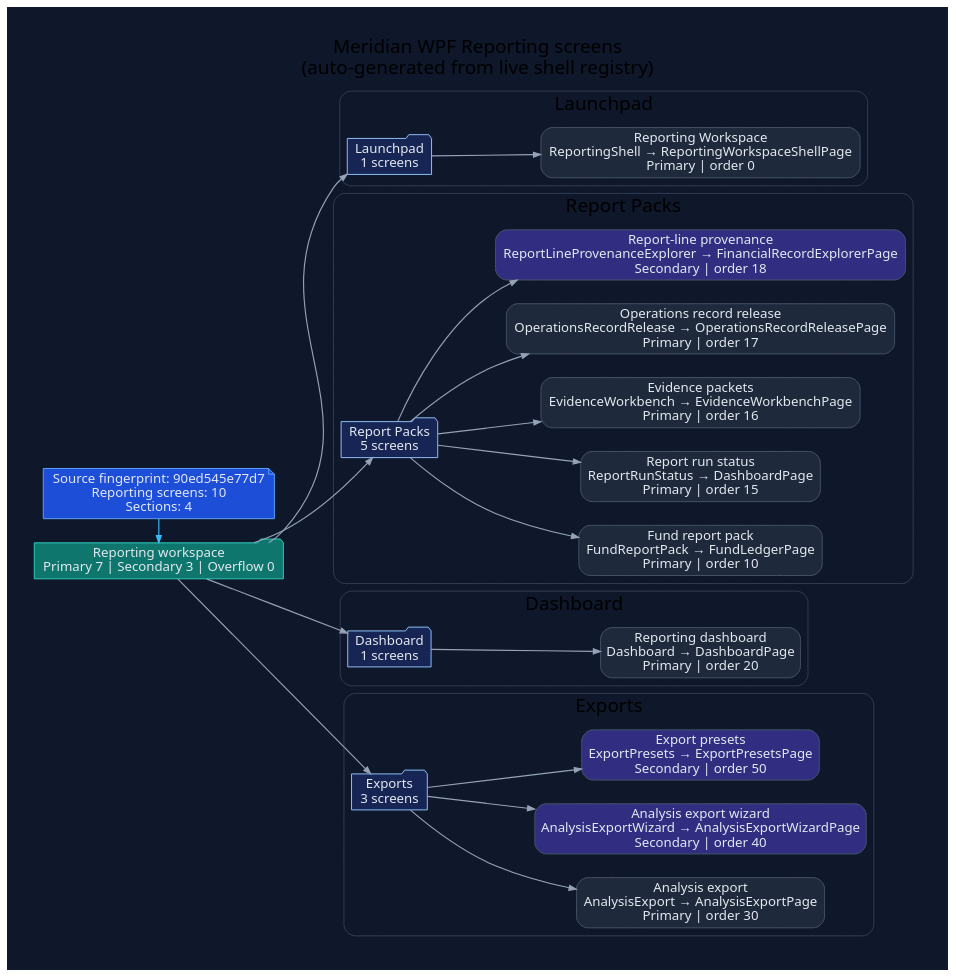
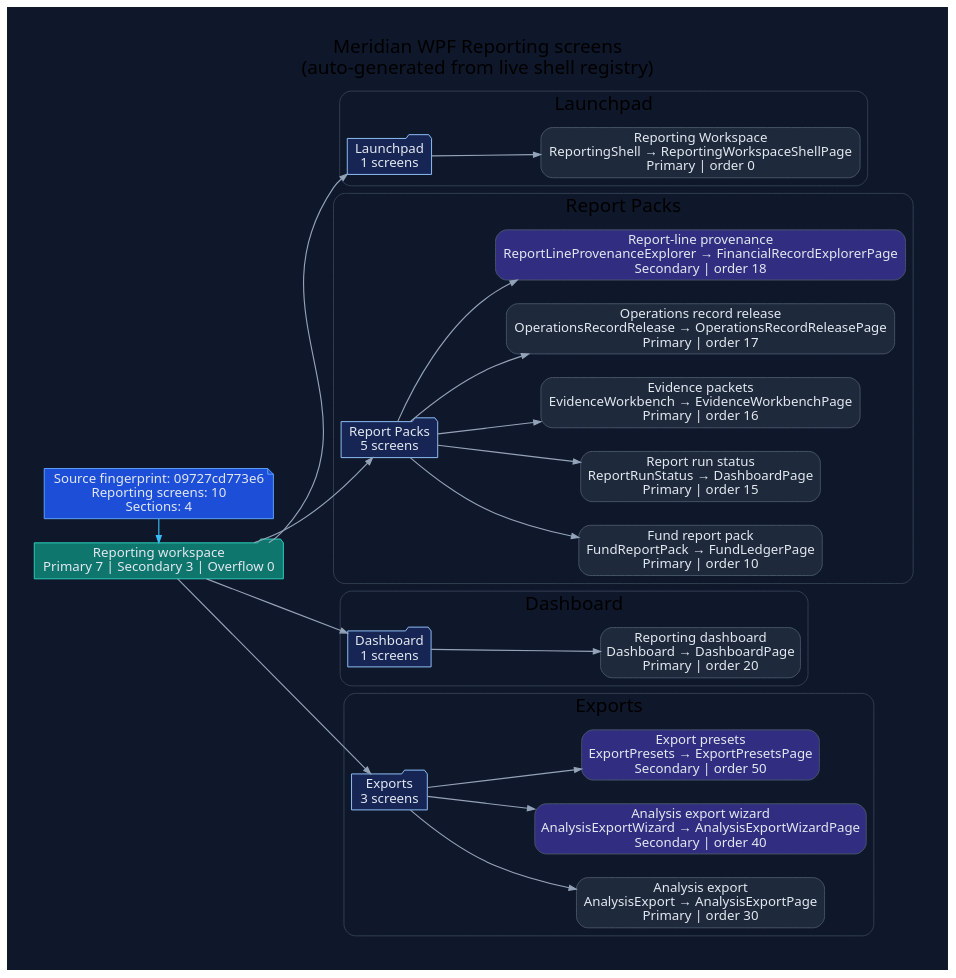
Before and after one commit to rodoHasArrived/Meridian-main: the diagram in docs/diagrams/ui-wpf-screens-reporting.dot, drawn with Graphviz. The commit also changed 120 other files, not shown here.

```diff
--- a/docs/diagrams/ui-wpf-screens-reporting.dot
+++ b/docs/diagrams/ui-wpf-screens-reporting.dot
@@ -1,78 +1,78 @@
 // -----------------------------------------------------------------------------
 // <auto-generated>
 // Generated by scripts/generate-diagrams.mjs.
 // Do not edit this file directly; update the WPF source files instead.
 // -----------------------------------------------------------------------------
 digraph WpfReportingScreens {
   graph [
     rankdir=LR,
     labelloc=t,
     label="Meridian WPF Reporting screens\n(auto-generated from live shell registry)",
     fontname="Segoe UI",
     fontsize=20,
     pad=0.4,
     nodesep=0.35,
     ranksep=0.85,
     bgcolor="#0f172a"
   ];
   node [fontname="Segoe UI", shape=box, style="rounded,filled", color="#475569", fontcolor="#e2e8f0", fillcolor="#1e293b"];
   edge [fontname="Segoe UI", color="#94a3b8", penwidth=1.2, arrowsize=0.75];
 
-  generated [shape=note, fillcolor="#1d4ed8", color="#60a5fa", label="Source fingerprint: 90ed545e77d7\nReporting screens: 10\nSections: 4"];
+  generated [shape=note, fillcolor="#1d4ed8", color="#60a5fa", label="Source fingerprint: 09727cd773e6\nReporting screens: 10\nSections: 4"];
   workspace [shape=folder, fillcolor="#0f766e", color="#2dd4bf", label="Reporting workspace\nPrimary 7 | Secondary 3 | Overflow 0"];
   generated -> workspace [color="#38bdf8"];
 
   subgraph cluster_section_1 {
     label="Launchpad";
     color="#334155";
     style="rounded";
     section_1 [shape=folder, fillcolor="#172554", color="#93c5fd", label="Launchpad\n1 screens"];
     workspace -> section_1;
     screen_ReportingShell [fillcolor="#1e293b", label="Reporting Workspace\nReportingShell → ReportingWorkspaceShellPage\nPrimary | order 0"];
     section_1 -> screen_ReportingShell;
   }
 
   subgraph cluster_section_2 {
     label="Report Packs";
     color="#334155";
     style="rounded";
     section_2 [shape=folder, fillcolor="#172554", color="#93c5fd", label="Report Packs\n5 screens"];
     workspace -> section_2;
     screen_FundReportPack [fillcolor="#1e293b", label="Fund report pack\nFundReportPack → FundLedgerPage\nPrimary | order 10"];
     section_2 -> screen_FundReportPack;
     screen_ReportRunStatus [fillcolor="#1e293b", label="Report run status\nReportRunStatus → DashboardPage\nPrimary | order 15"];
     section_2 -> screen_ReportRunStatus;
     screen_EvidenceWorkbench [fillcolor="#1e293b", label="Evidence packets\nEvidenceWorkbench → EvidenceWorkbenchPage\nPrimary | order 16"];
     section_2 -> screen_EvidenceWorkbench;
     screen_OperationsRecordRelease [fillcolor="#1e293b", label="Operations record release\nOperationsRecordRelease → OperationsRecordReleasePage\nPrimary | order 17"];
     section_2 -> screen_OperationsRecordRelease;
     screen_ReportLineProvenanceExplorer [fillcolor="#312e81", label="Report-line provenance\nReportLineProvenanceExplorer → FinancialRecordExplorerPage\nSecondary | order 18"];
     section_2 -> screen_ReportLineProvenanceExplorer;
   }
 
   subgraph cluster_section_3 {
     label="Dashboard";
     color="#334155";
     style="rounded";
     section_3 [shape=folder, fillcolor="#172554", color="#93c5fd", label="Dashboard\n1 screens"];
     workspace -> section_3;
     screen_Dashboard [fillcolor="#1e293b", label="Reporting dashboard\nDashboard → DashboardPage\nPrimary | order 20"];
     section_3 -> screen_Dashboard;
   }
 
   subgraph cluster_section_4 {
     label="Exports";
     color="#334155";
     style="rounded";
     section_4 [shape=folder, fillcolor="#172554", color="#93c5fd", label="Exports\n3 screens"];
     workspace -> section_4;
     screen_AnalysisExport [fillcolor="#1e293b", label="Analysis export\nAnalysisExport → AnalysisExportPage\nPrimary | order 30"];
     section_4 -> screen_AnalysisExport;
     screen_AnalysisExportWizard [fillcolor="#312e81", label="Analysis export wizard\nAnalysisExportWizard → AnalysisExportWizardPage\nSecondary | order 40"];
     section_4 -> screen_AnalysisExportWizard;
     screen_ExportPresets [fillcolor="#312e81", label="Export presets\nExportPresets → ExportPresetsPage\nSecondary | order 50"];
     section_4 -> screen_ExportPresets;
   }
 
   { rank=min; generated; workspace; }
 }
```
